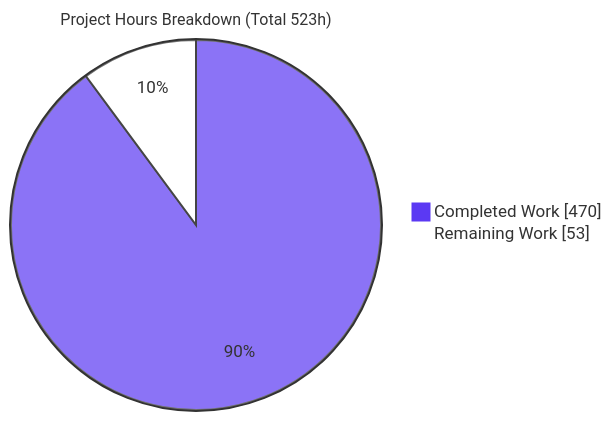
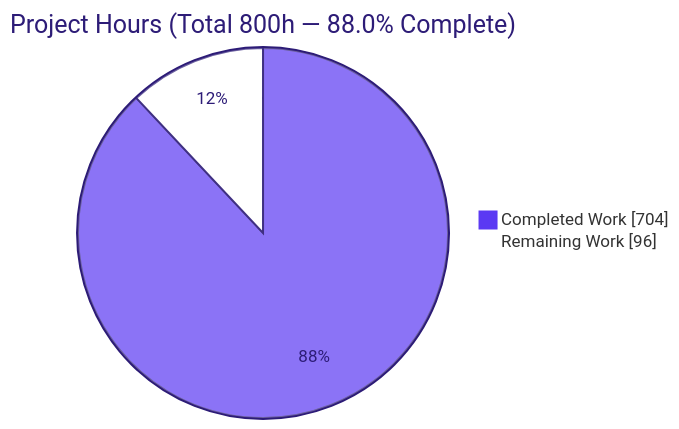
Before and after one commit to Blitzy-Sandbox/blitzy-zlib: the second of 4 diagrams in blitzy/documentation/Project Guide.md, drawn with Mermaid. The commit also changed other lines of this file, not shown here.

Commit message:
Adding Blitzy Project Guide: Project Status and Human Tasks Remaining

````diff
--- a/blitzy/documentation/Project Guide.md
+++ b/blitzy/documentation/Project Guide.md
@@ -201,6 +222,6 @@
 ```mermaid
-%%{init: {'theme':'base','themeVariables':{'pie1':'#5B39F3','pie2':'#FFFFFF','pieStrokeColor':'#333333','pieOuterStrokeColor':'#333333','pieSectionTextColor':'#333333','pieStrokeWidth':'2px','pieTitleTextSize':'16px'}}}%%
-pie showData title Project Hours Breakdown (Total 523h)
-    "Completed Work" : 470
-    "Remaining Work" : 53
+%%{init: {'theme':'base', 'themeVariables': {'pie1':'#5B39F3','pie2':'#FFFFFF','pieStrokeColor':'#2D1C77','pieOuterStrokeColor':'#2D1C77','pieStrokeWidth':'2px','pieOuterStrokeWidth':'2px','pieTitleTextColor':'#2D1C77','pieSectionTextColor':'#2D1C77','pieLegendTextColor':'#333333'}}}%%
+pie showData title Project Hours (Total 800h — 88.0% Complete)
+    "Completed Work" : 704
+    "Remaining Work" : 96
 ```
````
